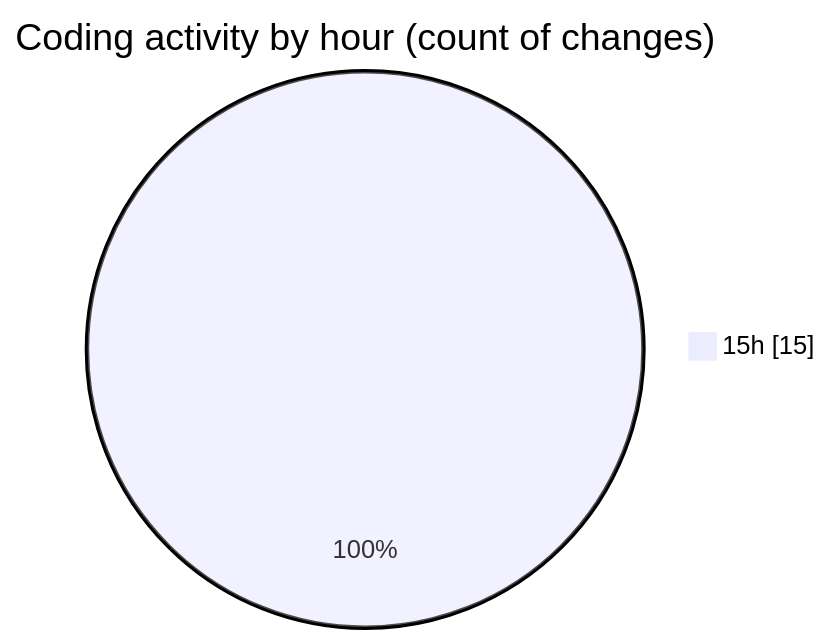
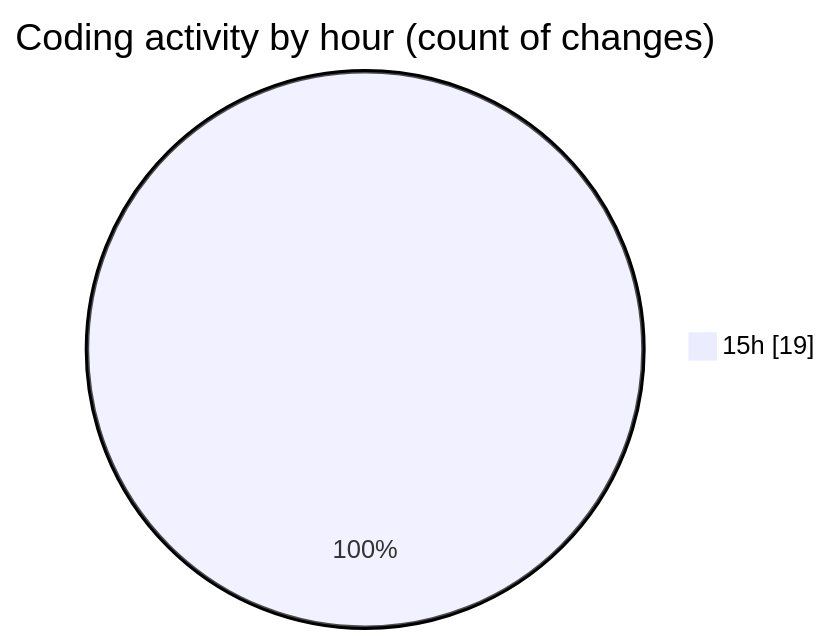
One commit to Netris89/code-tracking changed the second of 2 diagrams in 2025-04-01/back-end/README.md. Above: the diagram before and after it, drawn with Mermaid. The commit also changed other lines of this file and 1 other file, not shown here.

````diff
--- a/2025-04-01/back-end/README.md
+++ b/2025-04-01/back-end/README.md
@@ -28,5 +28,5 @@
 ```mermaid
 pie showData
 title Coding activity by hour (count of changes)
-"15h" : 15
+"15h" : 19
 ```
````
